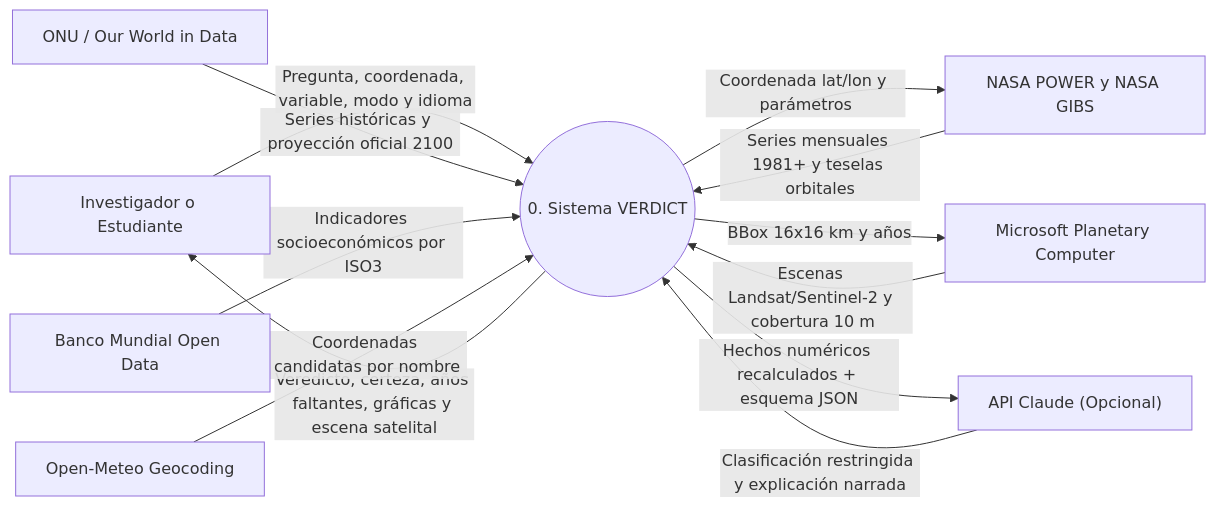
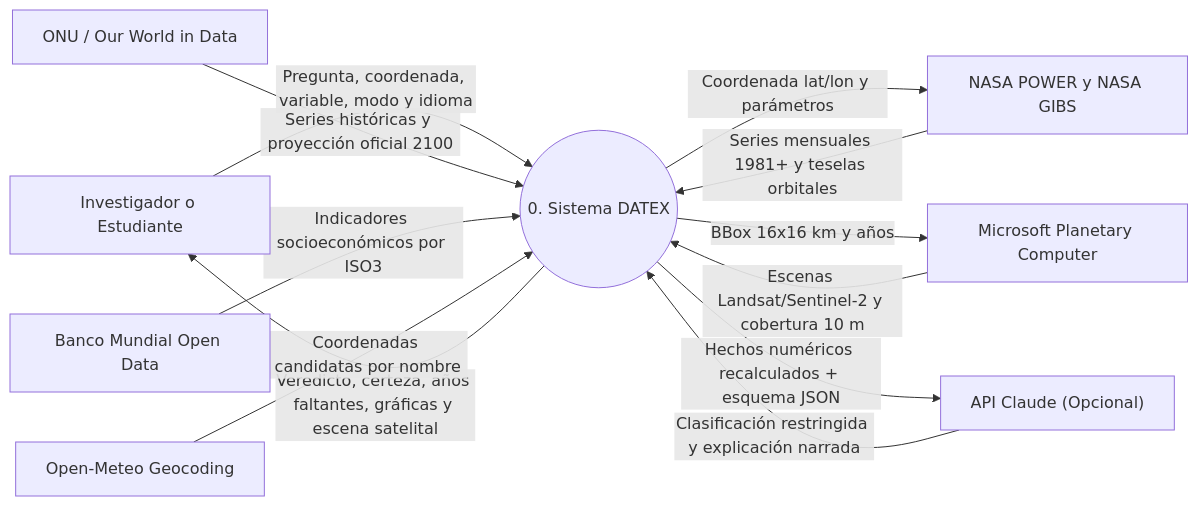
One commit to jamesjsfouam/NasaSpaceapp changed the third of 5 diagrams in README.md. Above: the diagram before and after it, drawn with Mermaid. The commit also changed other lines of this file and 20 other files, not shown here.

````diff
--- a/README.md
+++ b/README.md
@@ -325,18 +325,18 @@
 ```mermaid
 flowchart LR
-    U["Investigador o Estudiante"] -->|"Pregunta, coordenada, variable, modo y idioma"| S(("0. Sistema VERDICT"))
+    U["Investigador o Estudiante"] -->|"Pregunta, coordenada, variable, modo y idioma"| S(("0. Sistema DATEX"))
     S -->|"Veredicto, certeza, años faltantes, gráficas y escena satelital"| U
 
     P["NASA POWER y NASA GIBS"] -->|"Series mensuales 1981+ y teselas orbitales"| S
     S -->|"Coordenada lat/lon y parámetros"| P
 
     PC["Microsoft Planetary Computer"] -->|"Escenas Landsat/Sentinel-2 y cobertura 10 m"| S
     S -->|"BBox 16x16 km y años"| PC
 
     UN["ONU / Our World in Data"] -->|"Series históricas y proyección oficial 2100"| S
     WB["Banco Mundial Open Data"] -->|"Indicadores socioeconómicos por ISO3"| S
     OM["Open-Meteo Geocoding"] -->|"Coordenadas candidatas por nombre"| S
 
     S -->|"Hechos numéricos recalculados + esquema JSON"| CL["API Claude (Opcional)"]
     CL -->|"Clasificación restringida y explicación narrada"| S
 ```
````
